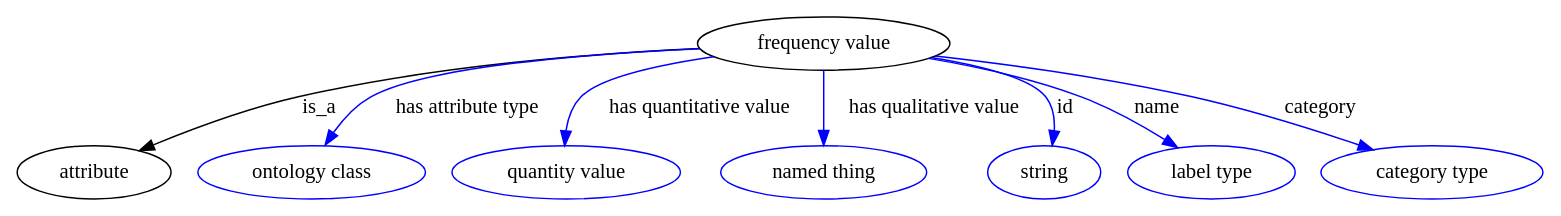
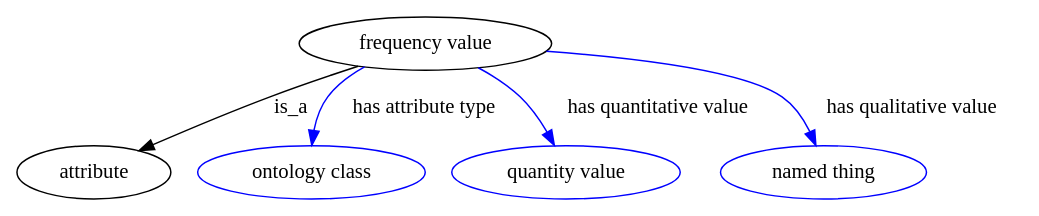
Before and after one commit to biolink/biolink-model: the diagram in graphviz/frequency_value.gv, drawn with Graphviz. The commit also changed 134 other files, not shown here.

```diff
--- a/graphviz/frequency_value.gv
+++ b/graphviz/frequency_value.gv
@@ -1,74 +1,44 @@
 digraph {
-	graph [bb="0,0,832.79,123"];
+	graph [bb="0,0,533.3,123"];
 	node [label="\N"];
 	"frequency value"	 [height=0.5,
 		label="frequency value",
-		pos="439.3,105",
+		pos="226.3,105",
 		width=1.8776];
 	attribute	 [height=0.5,
 		pos="40.296,18",
 		width=1.1193];
 	"frequency value" -> attribute	 [label=is_a,
-		lp="174.3,61.5",
-		pos="e,67.415,31.686 373.1,101.27 316.59,96.932 233.55,87.793 163.3,69 133.13,60.931 100.56,47.179 76.513,35.988"];
+		lp="158.3,61.5",
+		pos="e,67.947,31.34 191.63,89.357 177.81,83.082 161.78,75.75 147.3,69 123.84,58.068 97.615,45.571 76.996,35.684"];
 	"has attribute type"	 [color=blue,
 		height=0.5,
 		label="ontology class",
 		pos="160.3,18",
 		width=1.7151];
 	"frequency value" -> "has attribute type"	 [color=blue,
 		label="has attribute type",
-		lp="256.3,61.5",
-		pos="e,172.74,36.026 374.78,99.535 317.05,93.814 237.34,83.613 209.3,69 197.73,62.972 187.32,53.162 179.1,43.749",
+		lp="228.3,61.5",
+		pos="e,165.28,36.145 200.88,88.308 193.86,82.793 186.7,76.204 181.3,69 176.07,62.028 171.9,53.569 168.71,45.56",
 		style=solid];
 	"has quantitative value"	 [color=blue,
 		height=0.5,
 		label="quantity value",
 		pos="301.3,18",
 		width=1.6971];
 	"frequency value" -> "has quantitative value"	 [color=blue,
 		label="has quantitative value",
-		lp="375.8,61.5",
-		pos="e,302.38,36.246 384.36,94.318 356.4,87.851 326.25,78.945 316.3,69 310.17,62.88 306.52,54.393 304.35,46.098",
+		lp="344.8,61.5",
+		pos="e,294.47,36.229 253.63,88.352 261.26,82.839 269.14,76.24 275.3,69 281.22,62.032 286.24,53.486 290.25,45.395",
 		style=solid];
 	"has qualitative value"	 [color=blue,
 		height=0.5,
 		label="named thing",
 		pos="439.3,18",
 		width=1.5346];
 	"frequency value" -> "has qualitative value"	 [color=blue,
 		label="has qualitative value",
-		lp="495.3,61.5",
-		pos="e,439.3,36.003 439.3,86.974 439.3,75.192 439.3,59.561 439.3,46.158",
-		style=solid];
-	id	 [color=blue,
-		height=0.5,
-		label=string,
-		pos="558.3,18",
-		width=0.84854];
-	"frequency value" -> id	 [color=blue,
-		label=id,
-		lp="564.8,61.5",
-		pos="e,560.73,36.405 492.58,93.855 517.84,87.46 544.24,78.768 552.3,69 557.42,62.784 559.68,54.599 560.45,46.611",
-		style=solid];
-	name	 [color=blue,
-		height=0.5,
-		label="label type",
-		pos="652.3,18",
-		width=1.2638];
-	"frequency value" -> name	 [color=blue,
-		label=name,
-		lp="617.8,61.5",
-		pos="e,631.51,34.237 494.52,94.463 519.51,88.643 549.05,80.271 574.3,69 591.43,61.354 609.04,50.173 623.18,40.228",
-		style=solid];
-	category	 [color=blue,
-		height=0.5,
-		label="category type",
-		pos="774.3,18",
-		width=1.6249];
-	"frequency value" -> category	 [color=blue,
-		label=category,
-		lp="706.8,61.5",
-		pos="e,739.94,32.72 499.7,96.849 539.24,90.823 591.81,81.495 637.3,69 669.12,60.258 703.96,47.239 730.54,36.543",
+		lp="477.3,61.5",
+		pos="e,432.75,36.04 288.94,98.048 333.69,92.082 389.22,82.331 408.3,69 416.81,63.053 423.4,53.949 428.28,45.07",
 		style=solid];
 }
```
